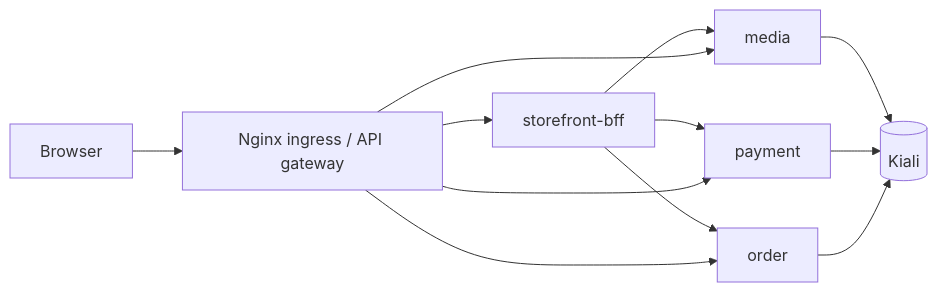
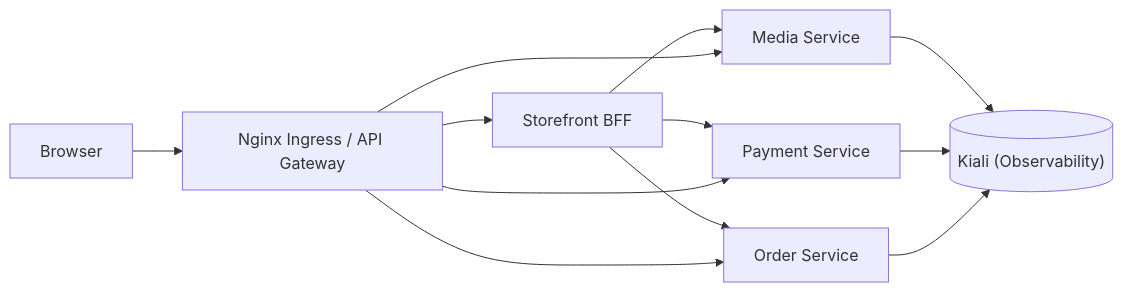
The diagram in environments/dev/service_mesh/README.md (AkiraTomori/ArgoCD-Advanced), drawn with Mermaid before and after one commit. The commit also changed other lines of this file and 5 other files, not shown here.

````diff
--- a/environments/dev/service_mesh/README.md
+++ b/environments/dev/service_mesh/README.md
@@ -19,14 +20,16 @@
 ```mermaid
 flowchart LR
-	B[Browser] --> G[Nginx ingress / API gateway]
-	G --> S[storefront-bff]
-	S --> M[media]
-	S --> O[order]
-	S --> PA[payment]
-	G --> M
-	G --> O
-	G --> PA
-	M --> K[(Kiali)]
-	PA --> K
-	O --> K
+    B["Browser"] --> G["Nginx Ingress / API Gateway"]
+    G --> S["Storefront BFF"]
+    S --> M["Media Service"]
+    S --> O["Order Service"]
+    S --> PA["Payment Service"]
+    
+    G --> M
+    G --> O
+    G --> PA
+    
+    M --> K[("Kiali (Observability)")]
+    PA --> K
+    O --> K
 ```
````
